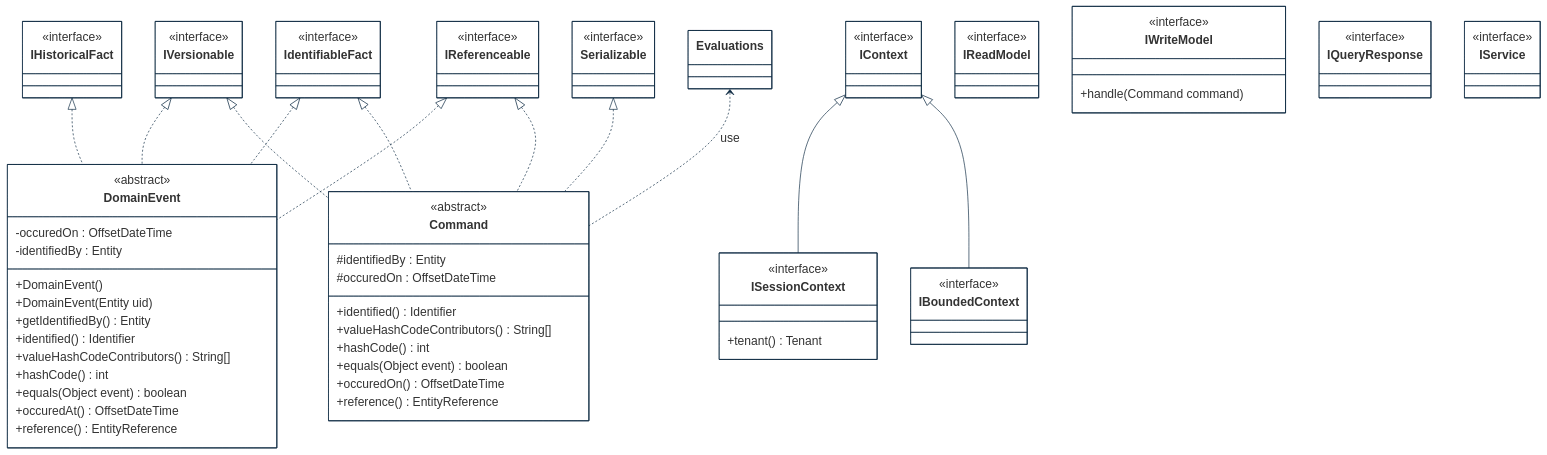
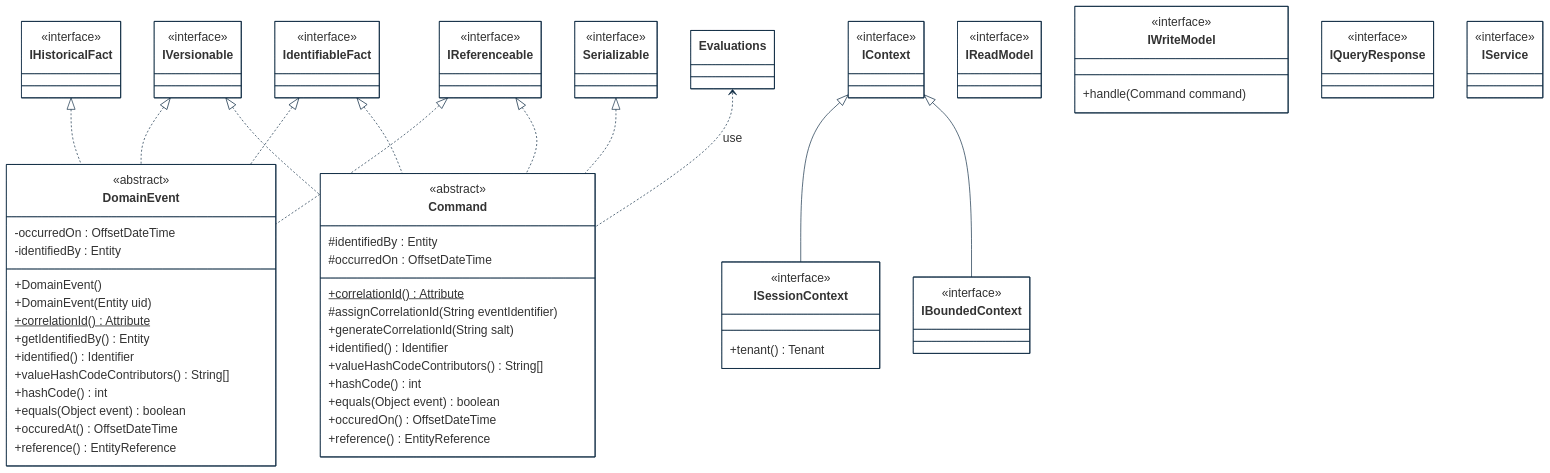
The first of 3 diagrams in implementations-line/framework/domain/designview-structure-models.md (cybnity/foundation), drawn with Mermaid before and after one commit. The commit also changed 11 other files, not shown here.

Commit message:
Give visibility of correlation id regarding event

```diff
--- a/implementations-line/framework/domain/designview-structure-models.md
+++ b/implementations-line/framework/domain/designview-structure-models.md
@@ -65,10 +65,11 @@
 
     class DomainEvent {
         <<abstract>>
-        -occuredOn : OffsetDateTime
+        -occurredOn : OffsetDateTime
         -identifiedBy : Entity
         +DomainEvent()
         +DomainEvent(Entity uid)
+        +correlationId()$ Attribute
         +getIdentifiedBy() Entity
         +identified() Identifier
         +valueHashCodeContributors() String[]
@@ -105,7 +106,10 @@
     class Command {
         <<abstract>>
         #identifiedBy : Entity
-        #occuredOn : OffsetDateTime
+        #occurredOn : OffsetDateTime
+        +correlationId()$ Attribute
+        #assignCorrelationId(String eventIdentifier)
+        +generateCorrelationId(String salt)
         +identified() Identifier
         +valueHashCodeContributors() String[]
         +hashCode() int
```
